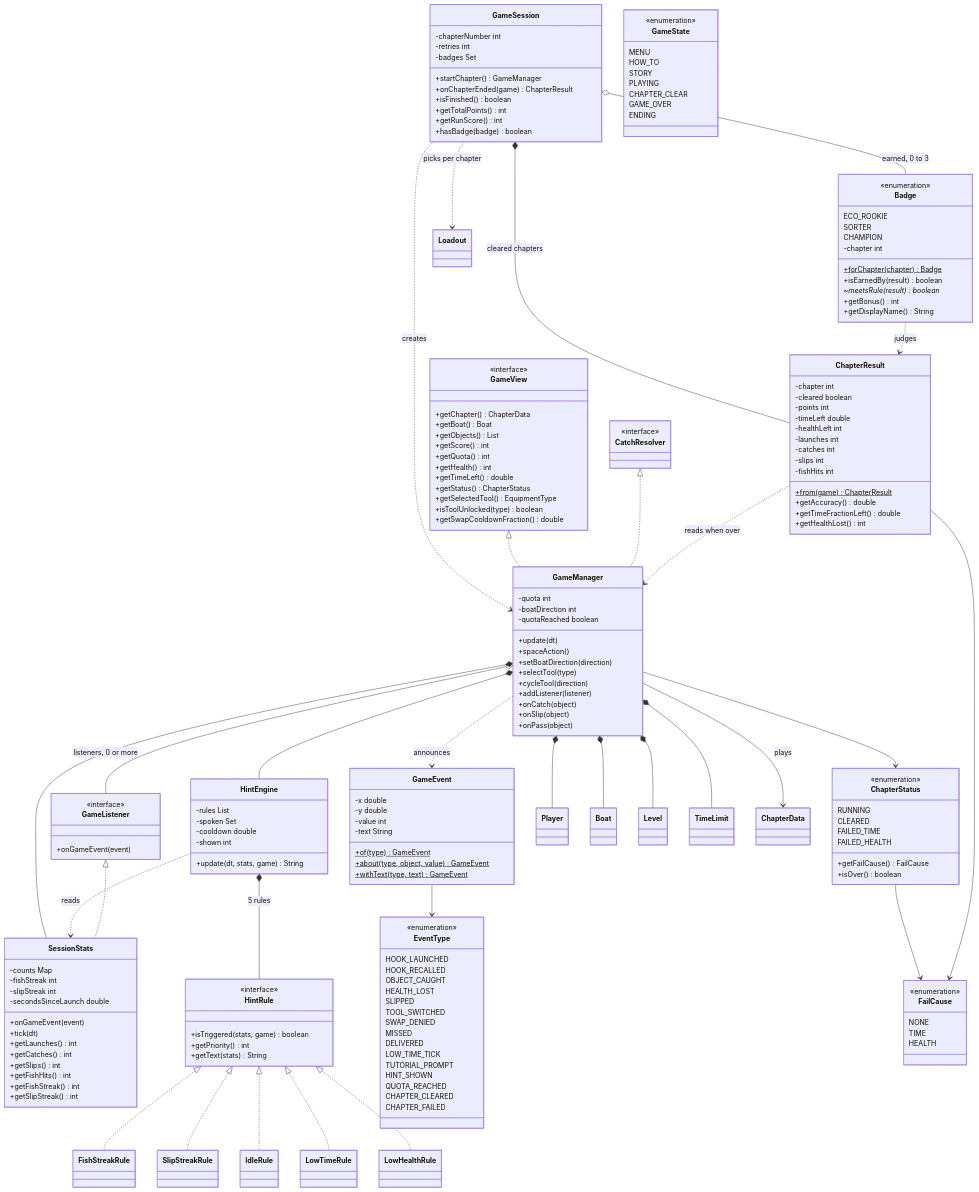
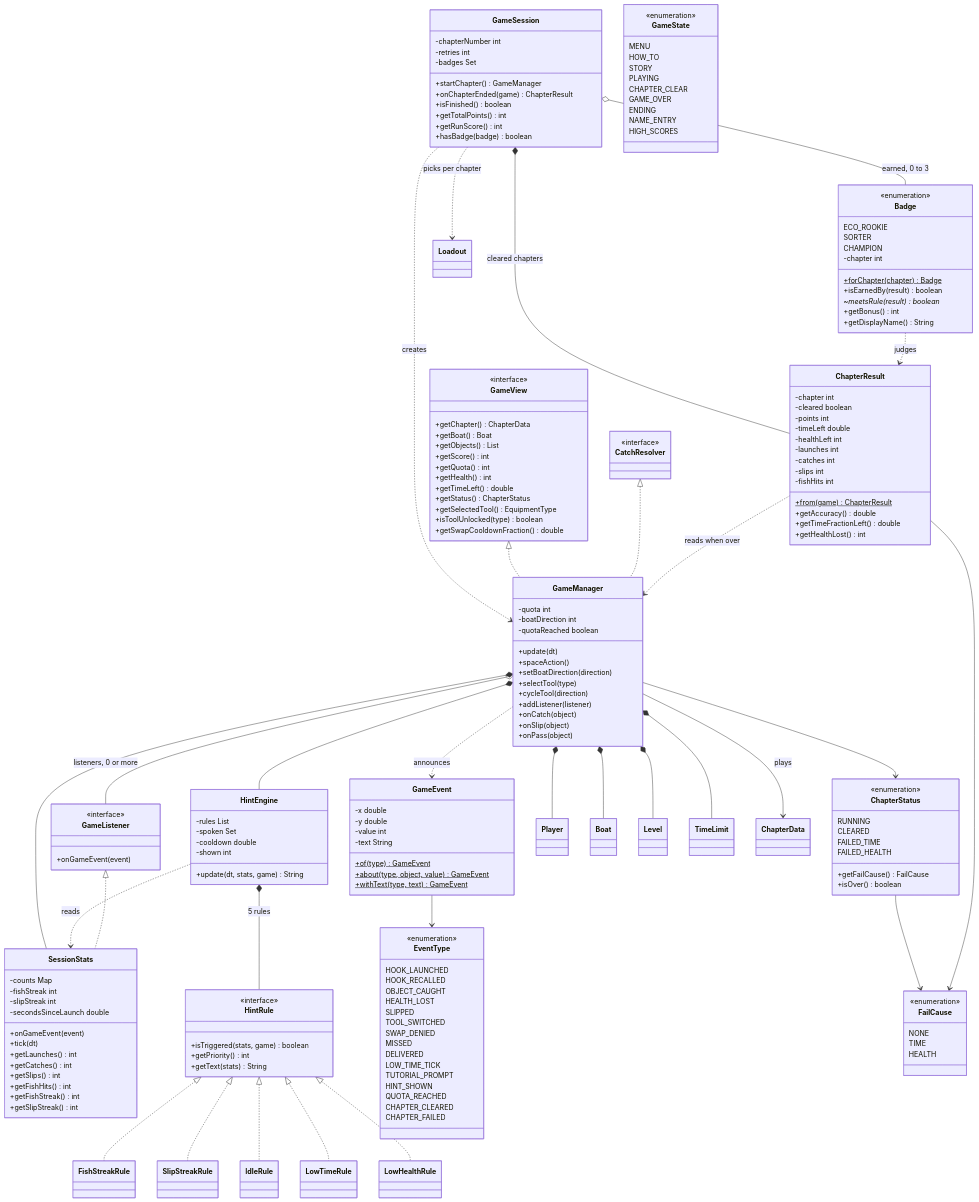
The fourth of 7 diagrams in docs/class-diagram.md (NJJAV33/Fish2trash), drawn with Mermaid before and after one commit. The commit also changed other lines of this file and 17 other files, not shown here.

First line of the commit message:
feat(ui): add name entry and high score screens

```diff
--- a/docs/class-diagram.md
+++ b/docs/class-diagram.md
@@ -512,6 +512,8 @@
         CHAPTER_CLEAR
         GAME_OVER
         ENDING
+        NAME_ENTRY
+        HIGH_SCORES
     }
 
     class Player
```
